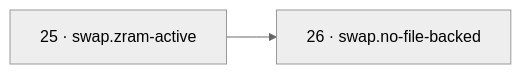
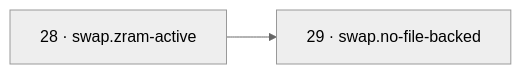
One commit to SixFive7/FrameLink changed the sixth of 21 diagrams in reference/reconcile-dag.md. Above: the diagram before and after it, drawn with Mermaid (neutral theme). The commit also changed other lines of this file and 12 other files, not shown here.

````diff
--- a/reference/reconcile-dag.md
+++ b/reference/reconcile-dag.md
@@ -265,6 +309,6 @@
 ```mermaid
 flowchart LR
-  r25["25 · swap.zram-active"]
-  r26["26 · swap.no-file-backed"]
-  r25 --> r26
+  r28["28 · swap.zram-active"]
+  r29["29 · swap.no-file-backed"]
+  r28 --> r29
 ```
````
